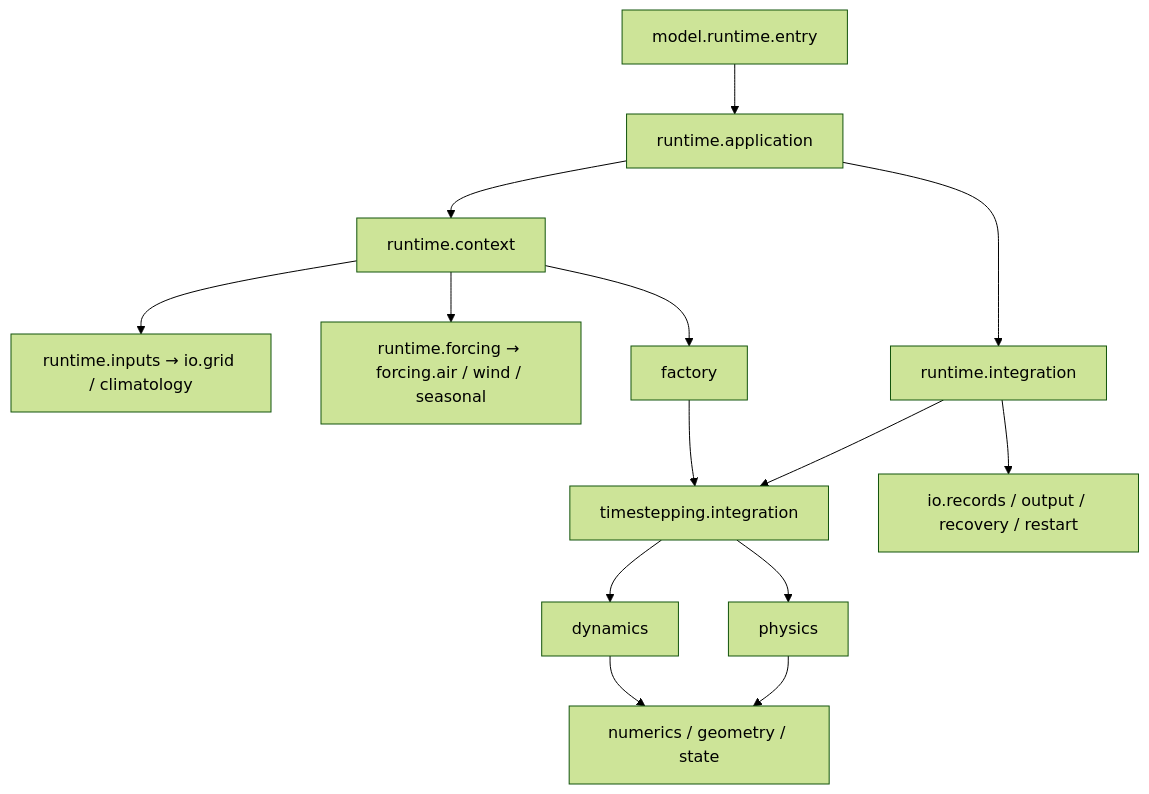
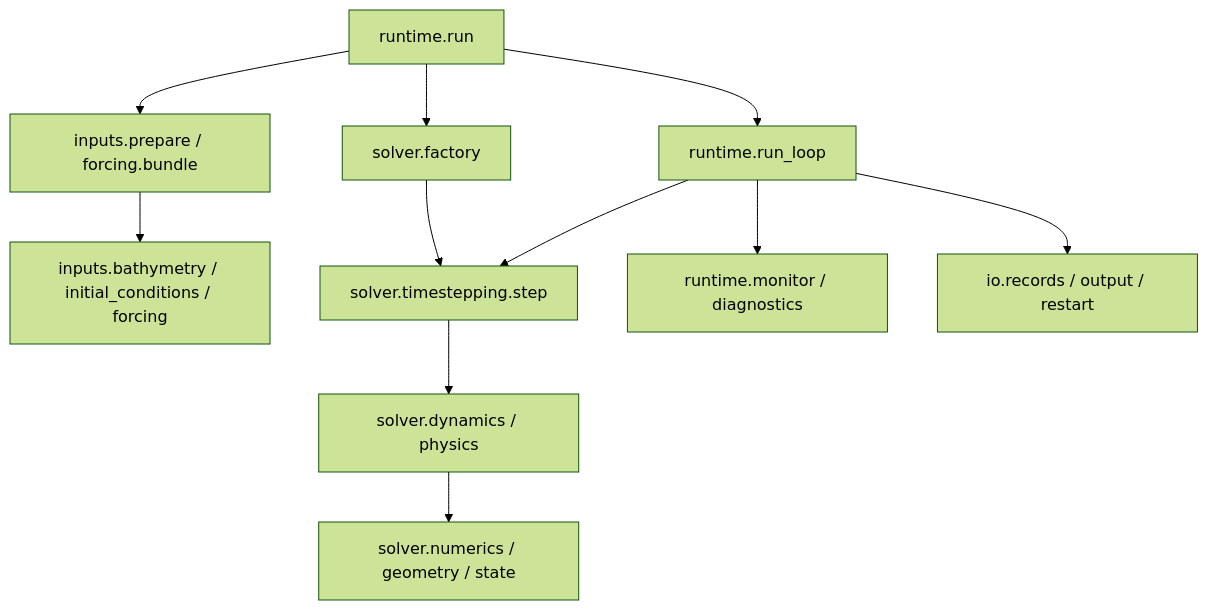
The diagram in docs/production_architecture_zh.md (TTAWDTT/ZhenMode), drawn with Mermaid (forest theme) before and after one commit. The commit also changed other lines of this file and 183 other files, not shown here.

````diff
--- a/docs/production_architecture_zh.md
+++ b/docs/production_architecture_zh.md
@@ -23,16 +54,13 @@
 ```mermaid
 flowchart TD
-  entry[model.runtime.entry] --> application[runtime.application]
-  application --> context[runtime.context]
-  context --> inputs[runtime.inputs → io.grid / climatology]
-  context --> forcing[runtime.forcing → forcing.air / wind / seasonal]
-  context --> factory[factory]
-  factory --> step[timestepping.integration]
-  step --> dynamics[dynamics]
-  step --> physics[physics]
-  dynamics --> numerics[numerics / geometry / state]
-  physics --> numerics
-  application --> loop[runtime.integration]
+  run[runtime.run] --> inputs[inputs.prepare / forcing.bundle]
+  inputs --> readers[inputs.bathymetry / initial_conditions / forcing]
+  run --> factory[solver.factory]
+  factory --> step[solver.timestepping.step]
+  step --> processes[solver.dynamics / physics]
+  processes --> tools[solver.numerics / geometry / state]
+  run --> loop[runtime.run_loop]
   loop --> step
-  loop --> output[io.records / output / recovery / restart]
+  loop --> monitor[runtime.monitor / diagnostics]
+  loop --> output[io.records / output / restart]
 ```
````
